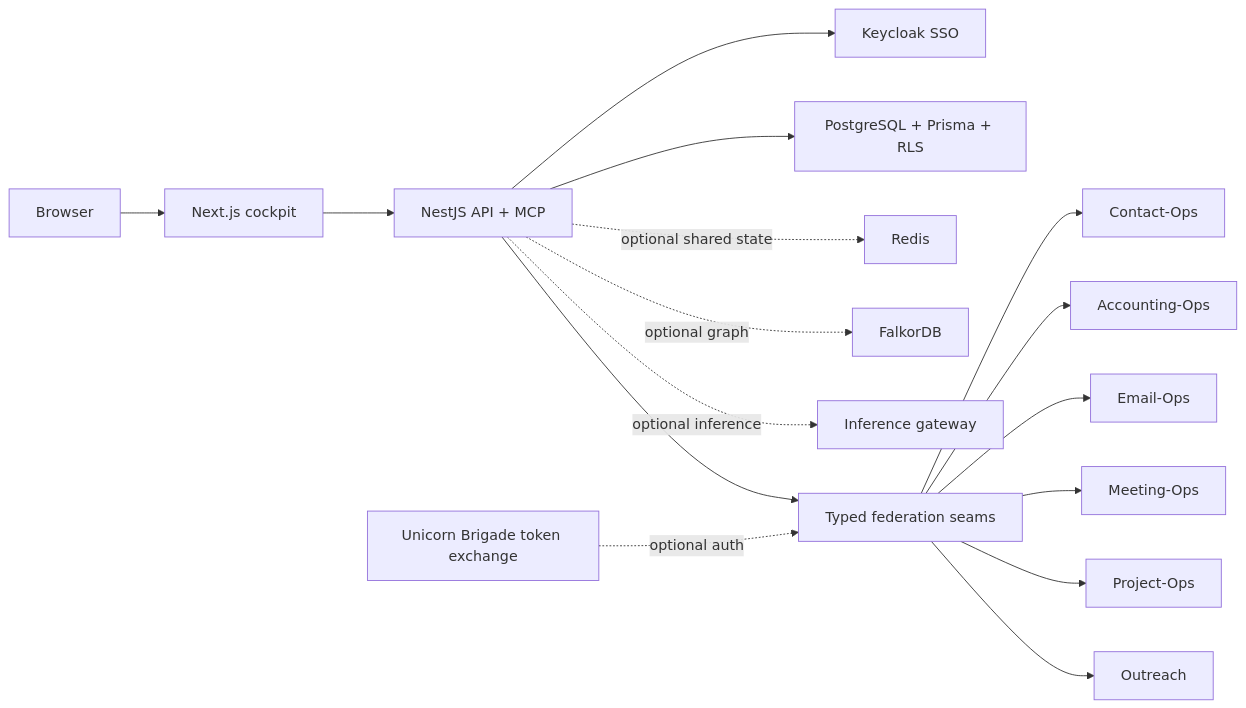
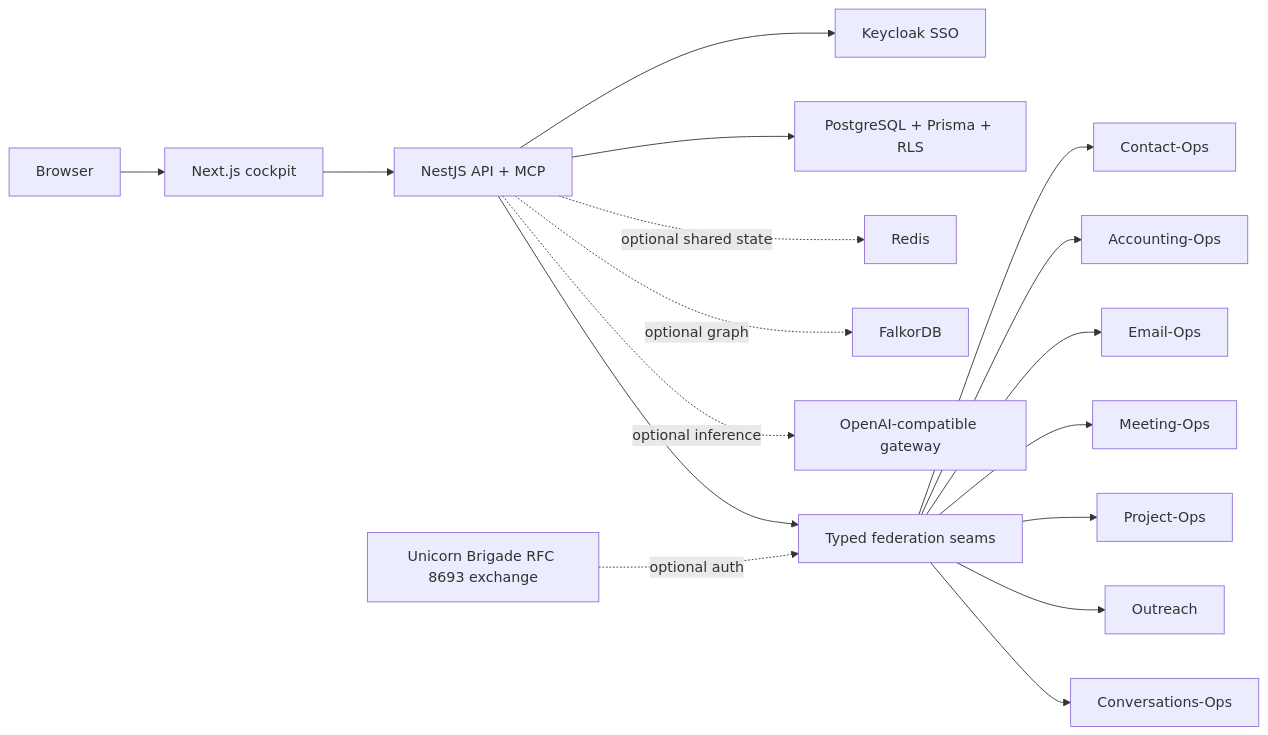
One commit to Unicorn-Commander/Customer-Ops changed the diagram in README.md. Above: the diagram before and after it, drawn with Mermaid. The commit also changed other lines of this file, not shown here.

```diff
--- a/README.md
+++ b/README.md
@@ -182,18 +200,19 @@
 ~~~mermaid
 flowchart LR
   Browser["Browser"] --> UI["Next.js cockpit"]
   UI --> API["NestJS API + MCP"]
   API --> SSO["Keycloak SSO"]
   API --> DB["PostgreSQL + Prisma + RLS"]
   API -. optional shared state .-> Redis["Redis"]
   API -. optional graph .-> Graph["FalkorDB"]
-  API -. optional inference .-> AI["Inference gateway"]
+  API -. optional inference .-> AI["OpenAI-compatible gateway"]
   API --> Seam["Typed federation seams"]
-  Brigade["Unicorn Brigade token exchange"] -. optional auth .-> Seam
+  Brigade["Unicorn Brigade RFC 8693 exchange"] -. optional auth .-> Seam
   Seam --> Contact["Contact-Ops"]
   Seam --> Accounting["Accounting-Ops"]
   Seam --> Email["Email-Ops"]
   Seam --> Meeting["Meeting-Ops"]
   Seam --> Project["Project-Ops"]
   Seam --> Outreach["Outreach"]
+  Seam --> Conversations["Conversations-Ops"]
 ~~~
```
